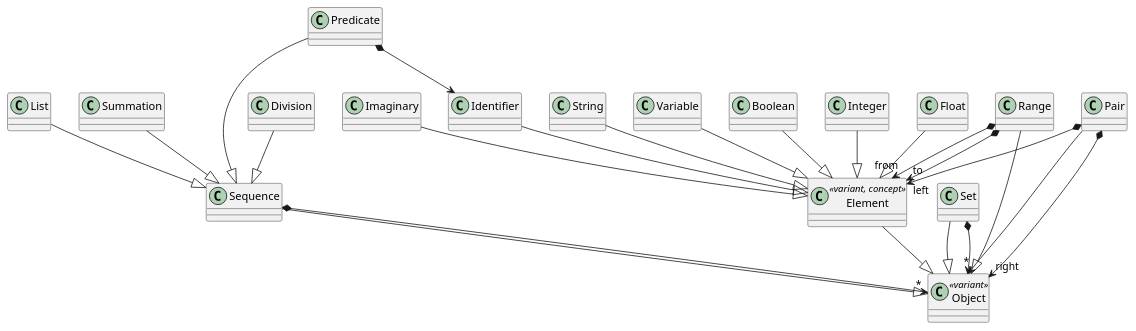
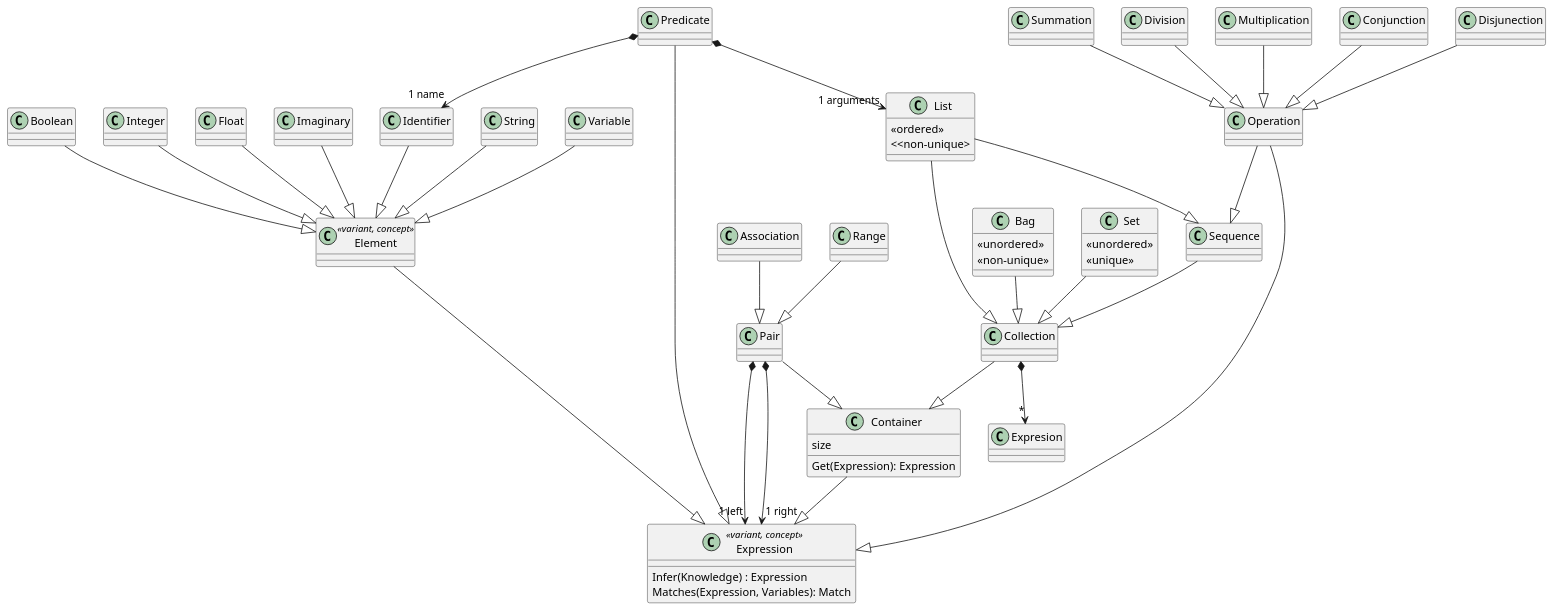
Before and after one commit to countpauper/countpauper: the diagram in Angel/Design/Logic.puml, drawn with PlantUML. The commit also changed 4 other files, not shown here.

Commit message:
[Angel] Updated uml and extracted Pair from Association based on that

```diff
--- a/Angel/Design/Logic.puml
+++ b/Angel/Design/Logic.puml
@@ -1,38 +1,72 @@
 @startuml
 
 class Element <<variant, concept>> {
 
 }
 
 Boolean --|> Element
 Integer --|> Element 
 Float --|> Element
 Imaginary --|> Element
 Identifier --|> Element
 String --|> Element
 Variable --|> Element 
 
-class Object <<variant>> {
+class Expression <<variant, concept>> {
+    Infer(Knowledge) : Expression
+    Matches(Expression, Variables): Match
+    
 }
-Element --|> Object
-Sequence --|> Object
-Set --|> Object 
-Range --|> Object
-Pair --> Object
 
+Element --|> Expression
+Predicate --|> Expression 
+Container  --|> Expression 
+Operation --|> Expression 
 
-List --|> Sequence 
-Summation --|> Sequence 
-Division --|> Sequence 
-Predicate --|> Sequence 
+class Container {
+    size
+    Get(Expression): Expression
+}
 
-Set *--> "*" Object
-Sequence *--> "*" Object
-Predicate *--> Identifier
-Pair *--> "left" Element
-Pair *--> "right" Object 
-Range *--> "from" Element
-Range *--> "to" Element 
+Pair --|> Container
+Collection --|> Container 
+
+class List {
+    <<ordered>>
+    <<non-unique>
+}
+class Bag {
+    <<unordered>>
+    <<non-unique>>
+} 
+class Set {
+    <<unordered>>
+    <<unique>>
+}
+Set --|> Collection
+List --|> Sequence
+List --|> Collection
+Sequence --|> Collection
+Bag --|> Collection
+
+Association --|> Pair
+Range --|> Pair
+
+Operation --|> Sequence 
+
+Summation --|> Operation 
+Division --|> Operation 
+Multiplication --|> Operation 
+Conjunction --|> Operation 
+Disjunection --|> Operation 
+
+Collection *--> "*" Expresion
+
+Predicate *--> "1 name" Identifier
+Predicate *--> "1 arguments" List
+
+Pair *--> "1 left" Expression
+Pair *--> "1 right" Expression 
 
 
 @enduml
```
